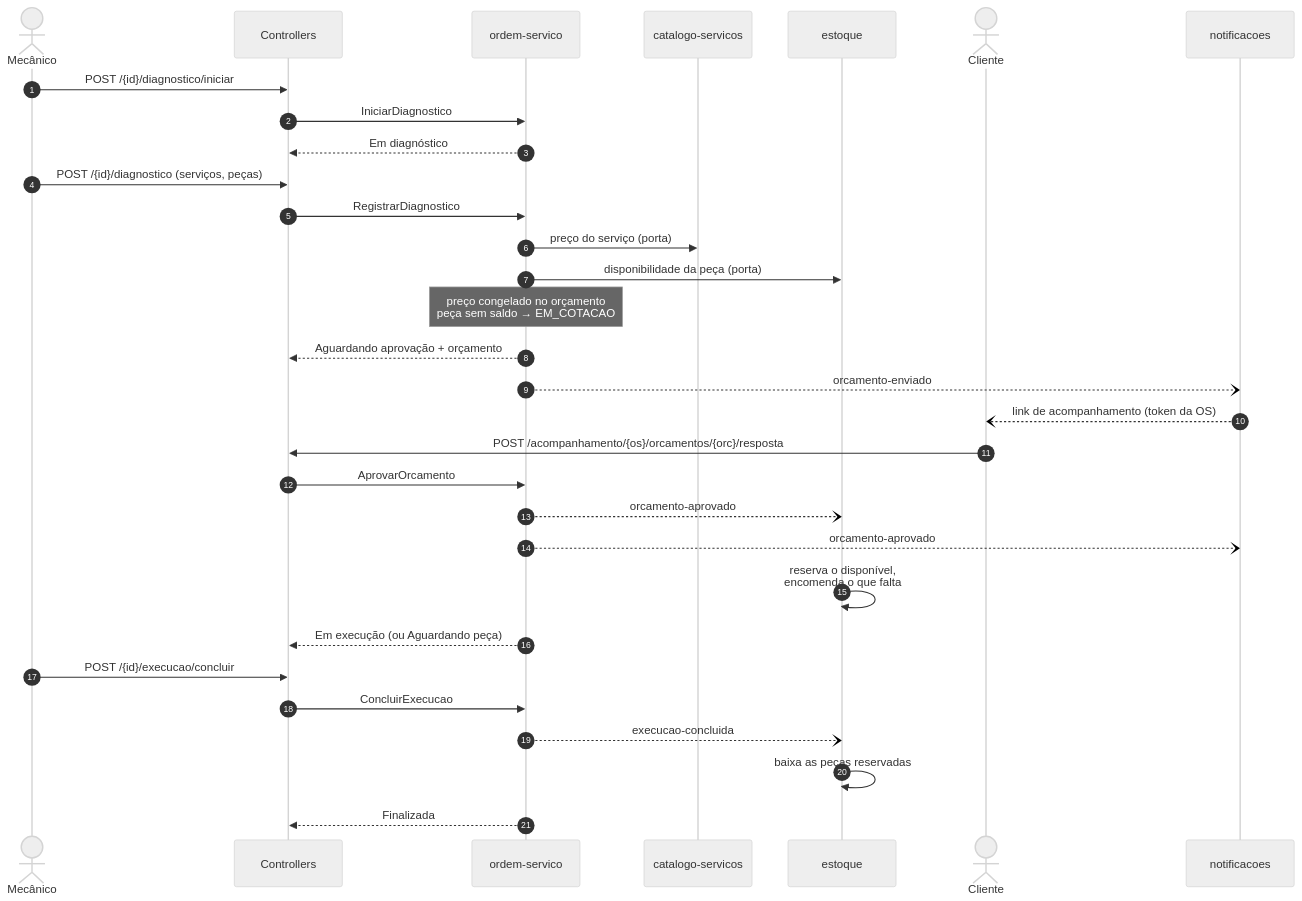
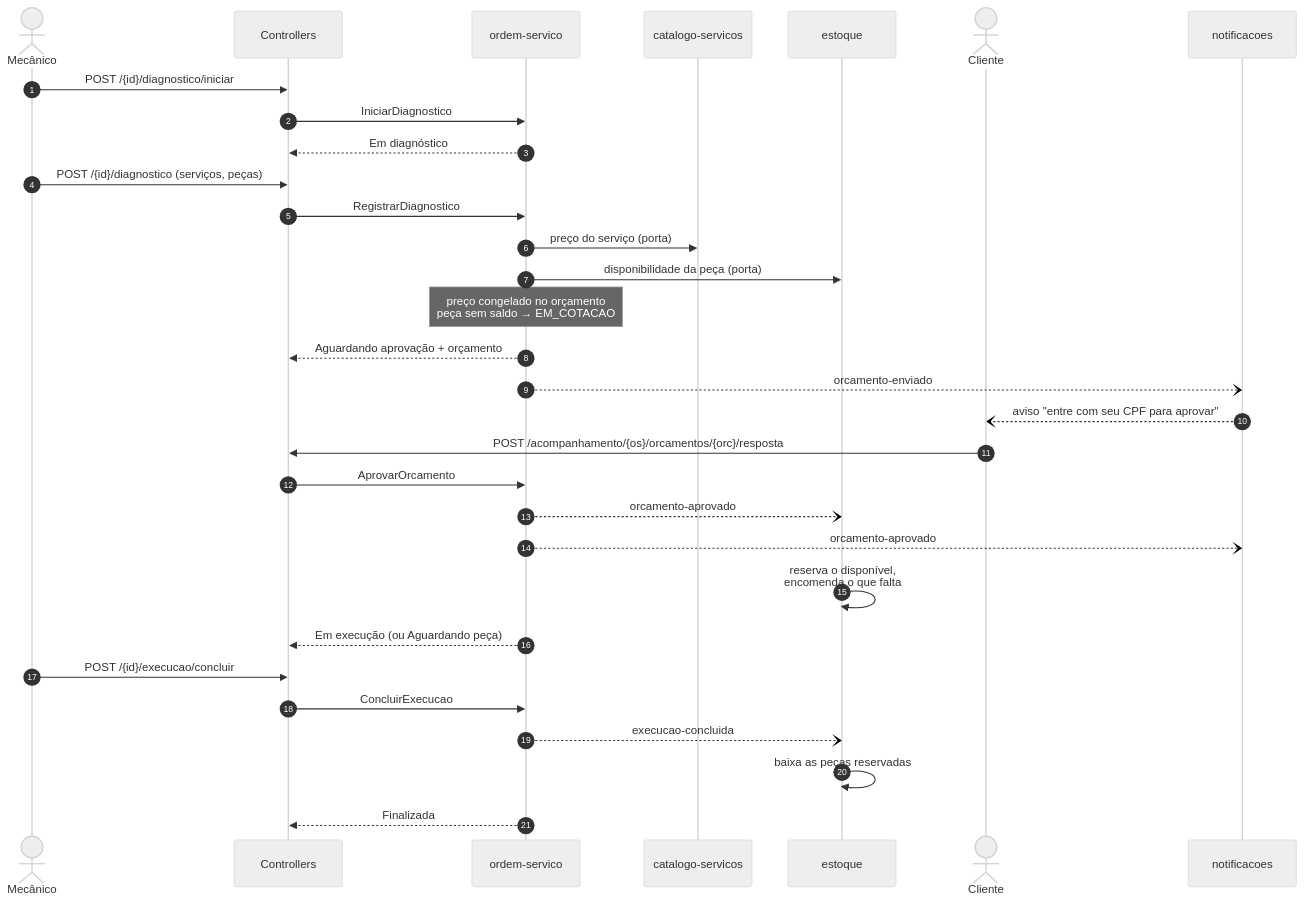
One commit to madurubini/oficina-app changed the sixth of 10 diagrams in docs/arquitetura.md. Above: the diagram before and after it, drawn with Mermaid (neutral theme). The commit also changed other lines of this file, not shown here.

First line of the commit message:
docs: diagramas de sequência da autenticação por CPF e da abertura de OS

````diff
--- a/docs/arquitetura.md
+++ b/docs/arquitetura.md
@@ -238,37 +240,37 @@
 ```mermaid
 sequenceDiagram
     autonumber
     actor Mecanico as Mecânico
     participant API as Controllers
     participant OS as ordem-servico
     participant Cat as catalogo-servicos
     participant Est as estoque
     actor Cliente
     participant Notif as notificacoes
 
     Mecanico->>API: POST /{id}/diagnostico/iniciar
     API->>OS: IniciarDiagnostico
     OS-->>API: Em diagnóstico
 
     Mecanico->>API: POST /{id}/diagnostico (serviços, peças)
     API->>OS: RegistrarDiagnostico
     OS->>Cat: preço do serviço (porta)
     OS->>Est: disponibilidade da peça (porta)
     Note over OS: preço congelado no orçamento<br/>peça sem saldo → EM_COTACAO
     OS-->>API: Aguardando aprovação + orçamento
     OS--)Notif: orcamento-enviado
-    Notif--)Cliente: link de acompanhamento (token da OS)
+    Notif--)Cliente: aviso "entre com seu CPF para aprovar"
 
     Cliente->>API: POST /acompanhamento/{os}/orcamentos/{orc}/resposta
     API->>OS: AprovarOrcamento
     OS--)Est: orcamento-aprovado
     OS--)Notif: orcamento-aprovado
     Est->>Est: reserva o disponível,<br/>encomenda o que falta
     OS-->>API: Em execução (ou Aguardando peça)
 
     Mecanico->>API: POST /{id}/execucao/concluir
     API->>OS: ConcluirExecucao
     OS--)Est: execucao-concluida
     Est->>Est: baixa as peças reservadas
     OS-->>API: Finalizada
 ```
````
